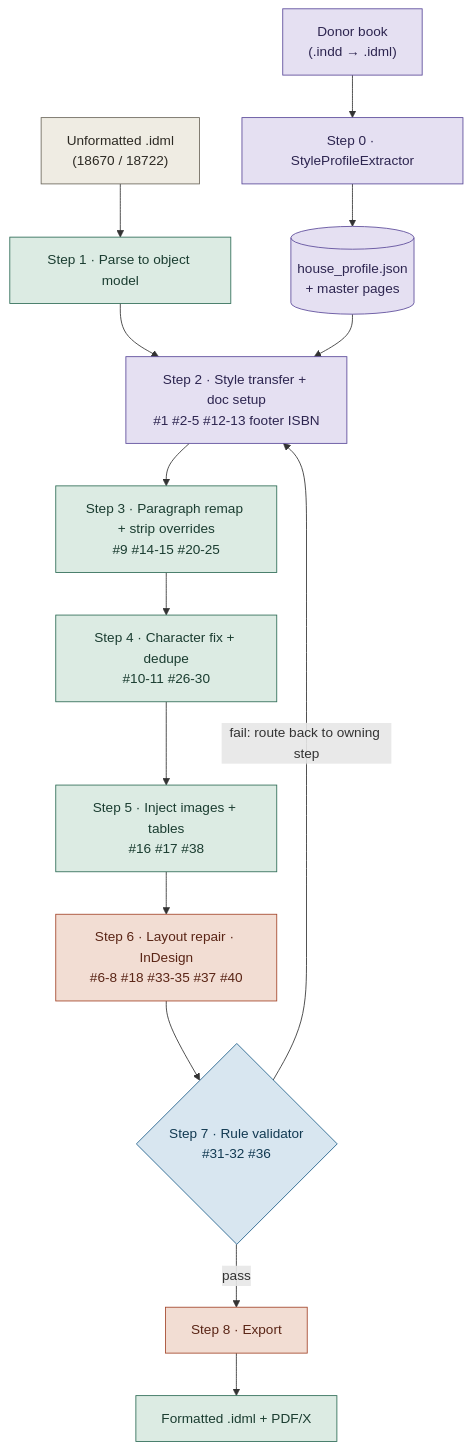
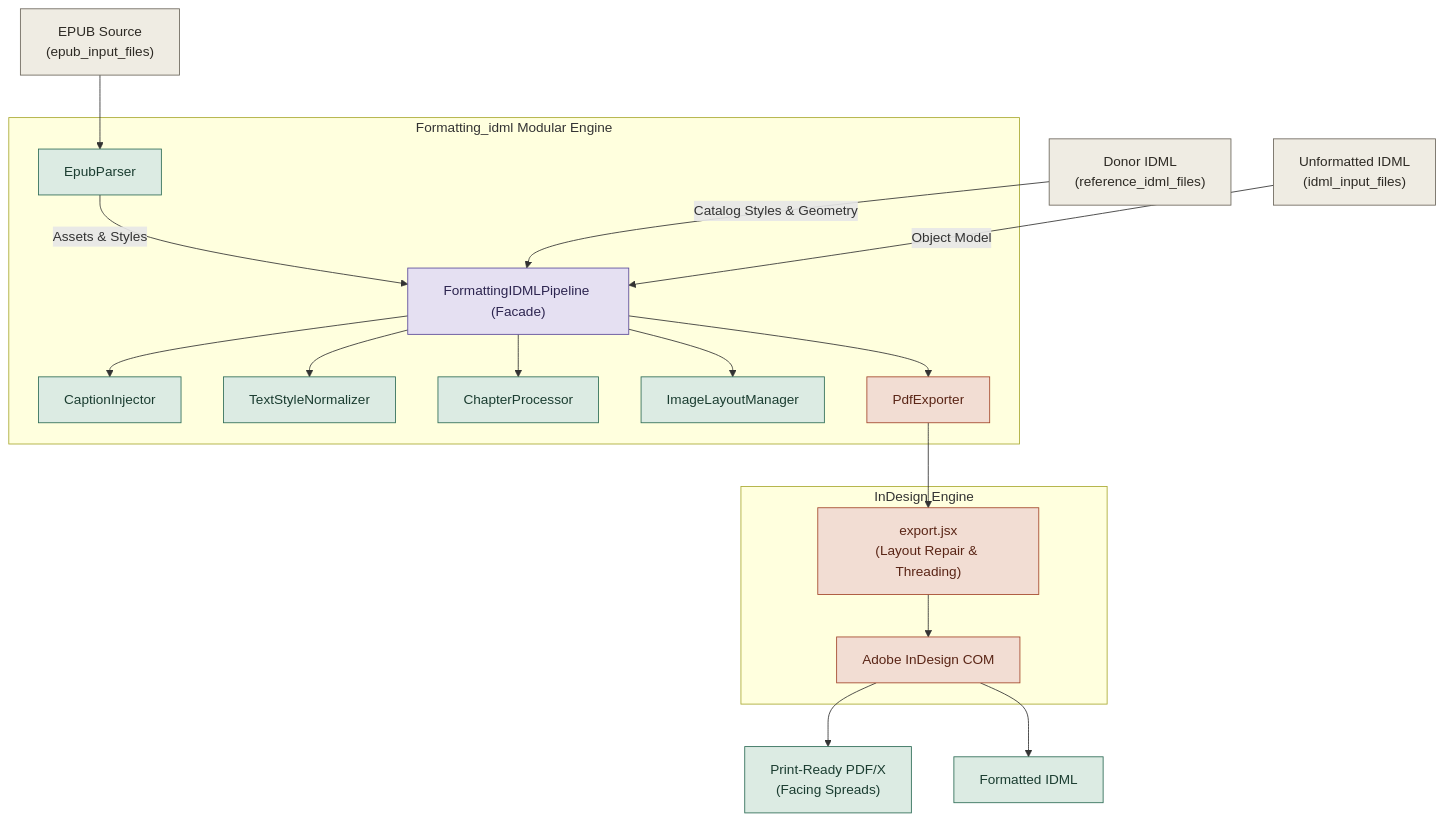
One commit to sumandouble9-bit/idml_automation changed the diagram in README.md. Above: the diagram before and after it, drawn with Mermaid. The commit also changed other lines of this file and 12 other files, not shown here.

Commit message:
chore(cleanup): remove duplicate copy directories, relocate canonical assets, delete test scratch files, and comprehensively update README with OOP architecture

````diff
--- a/README.md
+++ b/README.md
@@ -38,27 +66,43 @@
 ```mermaid
 flowchart TD
-    donor["Donor book<br/>(.indd → .idml)"]:::cfg
-    input["Unformatted .idml<br/>(18670 / 18722)"]:::inp
+    EPUB["EPUB Source<br/>(epub_input_files)"]:::inp
+    IDML["Unformatted IDML<br/>(idml_input_files)"]:::inp
+    DONOR["Donor IDML<br/>(reference_idml_files)"]:::inp
 
-    donor --> extract["Step 0 · StyleProfileExtractor"]:::cfg
-    extract --> profile[("house_profile.json<br/>+ master pages")]:::cfg
+    subgraph Formatting_idml ["Formatting_idml Modular Engine"]
+        EP["EpubParser"]:::py
+        CI["CaptionInjector"]:::py
+        TN["TextStyleNormalizer"]:::py
+        CP["ChapterProcessor"]:::py
+        ILM["ImageLayoutManager"]:::py
+        PE["PdfExporter"]:::jsx
+        PIPE["FormattingIDMLPipeline (Facade)"]:::facade
+    end
 
-    input --> parse["Step 1 · Parse to object model"]:::py
-    parse --> setup["Step 2 · Style transfer + doc setup<br/>#1 #2-5 #12-13 footer ISBN"]:::cfg
-    profile --> setup
-    setup --> remap["Step 3 · Paragraph remap + strip overrides<br/>#9 #14-15 #20-25"]:::py
-    remap --> charfix["Step 4 · Character fix + dedupe<br/>#10-11 #26-30"]:::py
-    charfix --> images["Step 5 · Inject images + tables<br/>#16 #17 #38"]:::py
-    images --> layout["Step 6 · Layout repair · InDesign<br/>#6-8 #18 #33-35 #37 #40"]:::jsx
-    layout --> validate{"Step 7 · Rule validator<br/>#31-32 #36"}:::val
-    validate -- "fail: route back to owning step" --> setup
-    validate -- pass --> export["Step 8 · Export"]:::jsx
-    export --> out["Formatted .idml + PDF/X"]:::out
+    subgraph Bridge ["InDesign Engine"]
+        JSX["export.jsx<br/>(Layout Repair & Threading)"]:::jsx
+        COM["Adobe InDesign COM"]:::jsx
+    end
 
-    classDef cfg fill:#e5e0f2,stroke:#5b4a9a,color:#2d2550;
+    EPUB --> EP
+    EP -->|Assets & Styles| PIPE
+    DONOR -->|Catalog Styles & Geometry| PIPE
+    IDML -->|Object Model| PIPE
+
+    PIPE --> CP
+    PIPE --> TN
+    PIPE --> CI
+    PIPE --> ILM
+    PIPE --> PE
+
+    PE --> JSX
+    JSX --> COM
+    COM --> OUT_PDF["Print-Ready PDF/X<br/>(Facing Spreads)"]:::out
+    COM --> OUT_IDML["Formatted IDML"]:::out
+
+    classDef inp fill:#efece3,stroke:#6d685d,color:#2d2a24;
     classDef py fill:#dcebe3,stroke:#2f6d57,color:#1b3d31;
     classDef jsx fill:#f2ddd3,stroke:#a4472c,color:#5a2516;
-    classDef val fill:#d8e6f0,stroke:#1f5f8b,color:#123a52;
-    classDef inp fill:#efece3,stroke:#6d685d,color:#2d2a24;
+    classDef facade fill:#e5e0f2,stroke:#5b4a9a,color:#2d2550;
     classDef out fill:#dcebe3,stroke:#2f6d57,color:#1b3d31;
 ```
````
